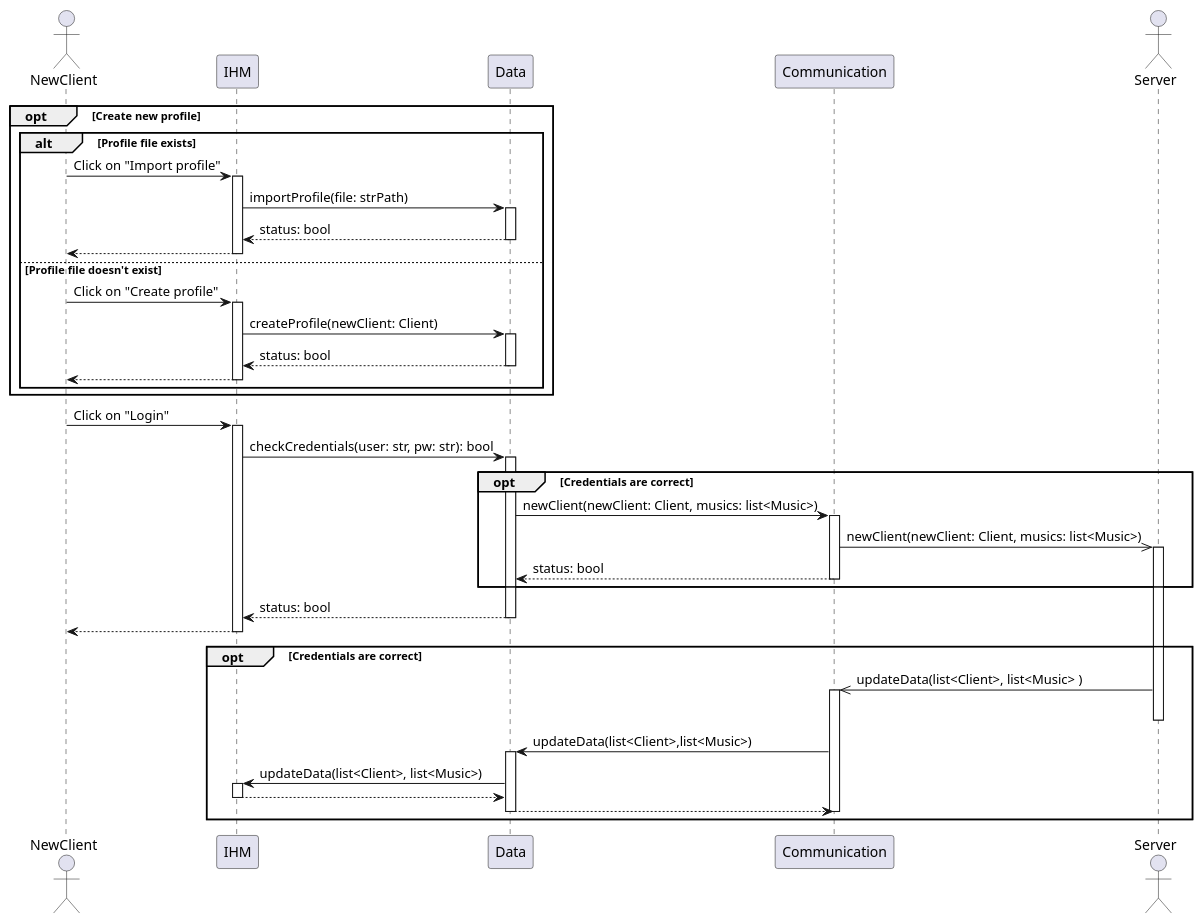
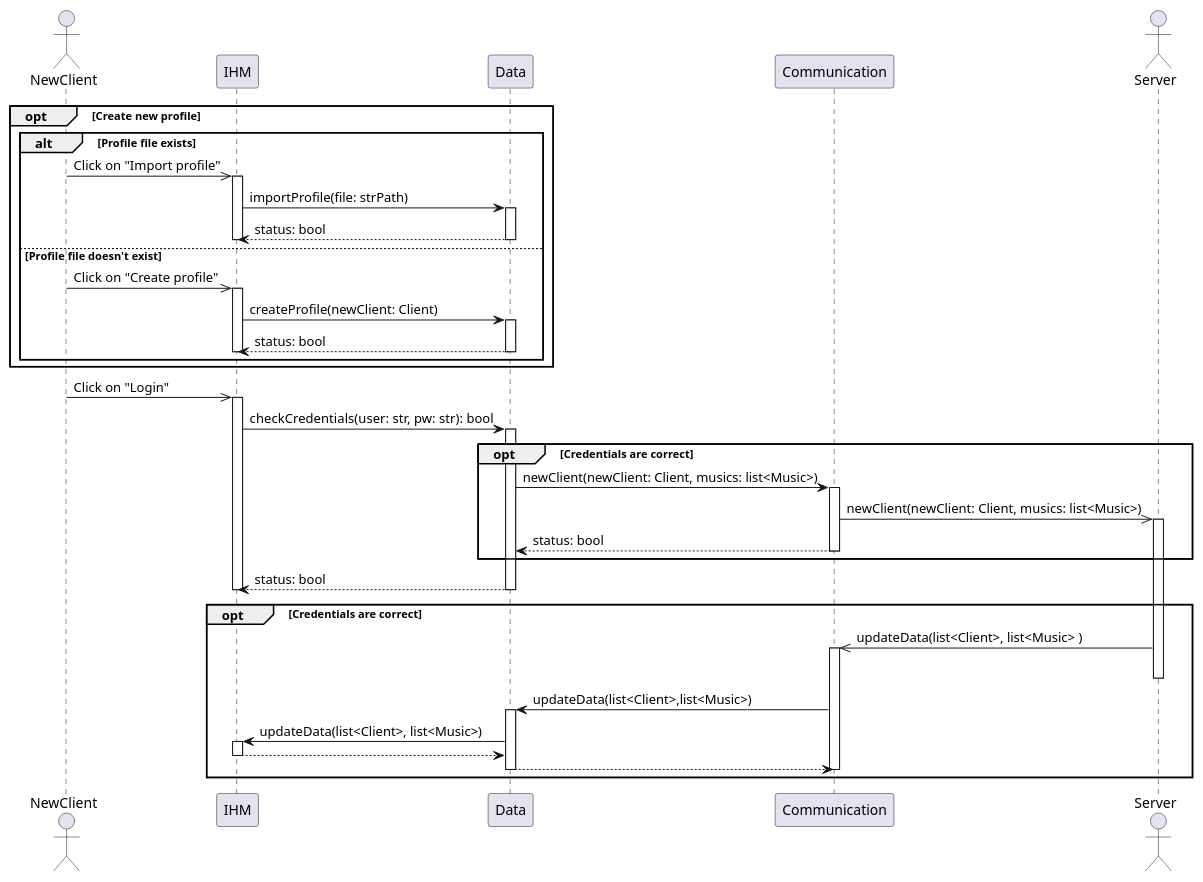
One commit to UTCAI12/Diagrams changed the diagram in sequence/client_connexion.puml. Above: the diagram before and after it, drawn with PlantUML.

Commit message:
User actions are now async

```diff
--- a/sequence/client_connexion.puml
+++ b/sequence/client_connexion.puml
@@ -1,48 +1,47 @@
 @startuml Client Connect
 actor NewClient
 participant IHM
 participant Data
 participant Communication
 actor Server 
 
 opt Create new profile 
     alt Profile file exists
-        NewClient -> IHM++: Click on "Import profile"
+        NewClient ->> IHM++: Click on "Import profile"
         IHM -> Data++: importProfile(file: strPath)
         return status: bool
-        return 
+        deactivate IHM 
     else Profile file doesn't exist
-        NewClient -> IHM++: Click on "Create profile"
+        NewClient ->> IHM++: Click on "Create profile"
         IHM -> Data++: createProfile(newClient: Client)
         return status: bool
-        return
+        deactivate IHM
     end
 end
 
 
 
-NewClient -> IHM++: Click on "Login"
+NewClient ->> IHM++: Click on "Login"
 IHM -> Data++: checkCredentials(user: str, pw: str): bool
 opt Credentials are correct
     Data-> Communication++: newClient(newClient: Client, musics: list<Music>)
     Communication->>Server++: newClient(newClient: Client, musics: list<Music>)
     Data <-- Communication: status: bool
     deactivate Communication
 end
 
 IHM <-- Data: status: bool
 deactivate Data
-NewClient <-- IHM: 
 deactivate IHM
 
 opt Credentials are correct
     Server ->> Communication++: updateData(list<Client>, list<Music> )
     deactivate Server
     Communication->Data++: updateData(list<Client>,list<Music>)
     Data->IHM++: updateData(list<Client>, list<Music>)
     return 
     return 
     deactivate Communication
 end
 
 @enduml
```
